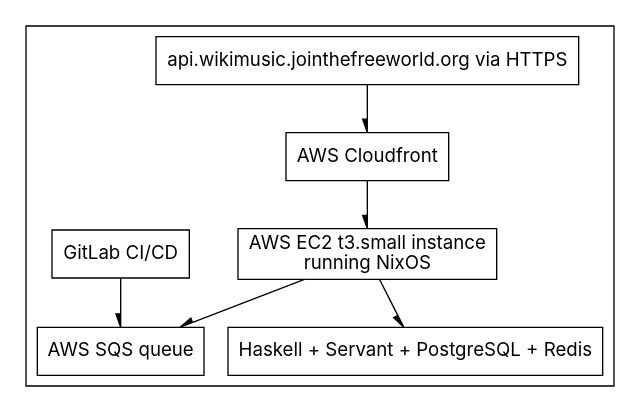
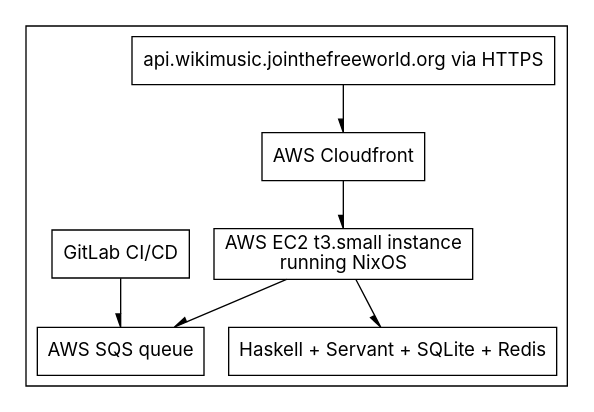
One commit to jjba23/wikimusic-api changed the diagram in README.org. Above: the diagram before and after it, drawn with Graphviz. The commit also changed other lines of this file and 25 other files, not shown here.

```diff
--- a/README.org
+++ b/README.org
@@ -131,24 +131,24 @@
 #+begin_src dot :file resources/images/production-env-diagram.png :exports results :mkdirp yes
   digraph prodenv {
   subgraph clusterA {
   fontname="Inter,Helvetica,Arial,sans-serif"
   node [ shape="box", fontname="Inter,Helvetica,Arial,sans-serif" ]
   edge [ fontname="Inter,Helvetica,Arial,sans-serif", arrowhead="rnormal", arrowtail="dot" ]
 
   I1 [ label="api.wikimusic.jointhefreeworld.org via HTTPS" ]
   I2 [ label="AWS Cloudfront" ]
   I3 [ label="AWS EC2 t3.small instance\nrunning NixOS" ]
-  I4 [ label="Haskell + Servant + PostgreSQL + Redis" ]
+  I4 [ label="Haskell + Servant + SQLite + Redis" ]
   I5 [ label="GitLab CI/CD" ]
   I6 [ label="AWS SQS queue" ]
 
 
   I1 -> I2;
   I2 -> I3;
   I3 -> I4;
   I5 -> I6;
   I3 -> I6;
 
   }
   }
 #+end_src
```
